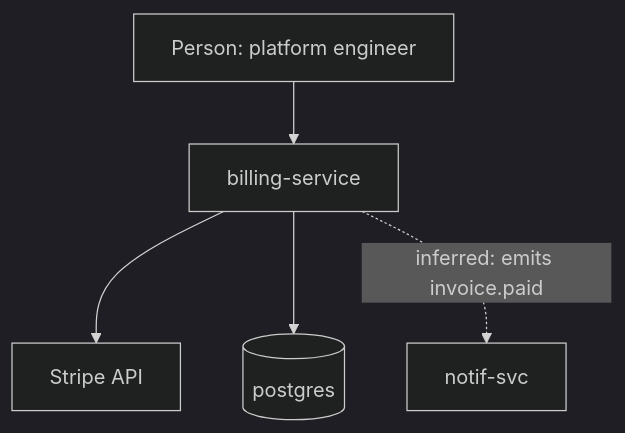
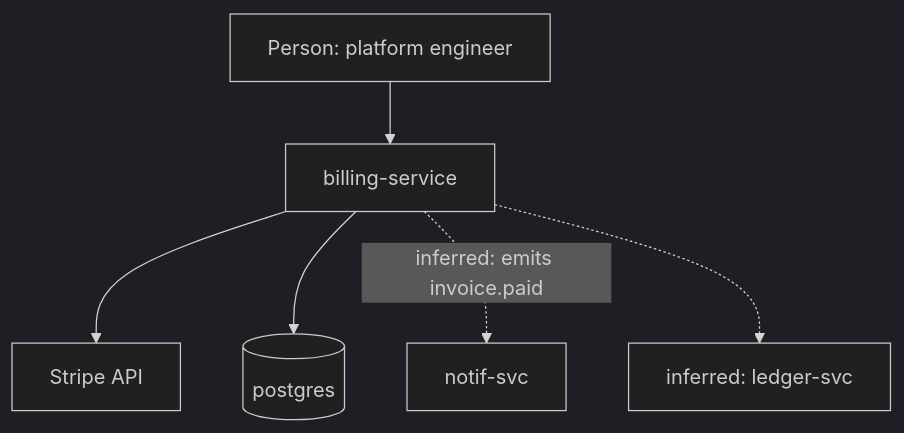
The first of 3 diagrams in skills/architecture-overview/references/output-format.md (chriscantu/claude-config), drawn with Mermaid (dark theme) before and after one commit. The commit also changed other lines of this file and 1 other file, not shown here.

````diff
--- a/skills/architecture-overview/references/output-format.md
+++ b/skills/architecture-overview/references/output-format.md
@@ -55,13 +57,15 @@
 ```mermaid
 graph TB
   actor["Person: platform engineer"]
   system["billing-service"]
   stripe["Stripe API"]
   postgres[(postgres)]
   notif["notif-svc"]
+  ledger["inferred: ledger-svc"]
 
   actor --> system
   system --> stripe
   system --> postgres
   system -.->|inferred: emits invoice.paid| notif
+  system -.-> ledger
 ```
````
